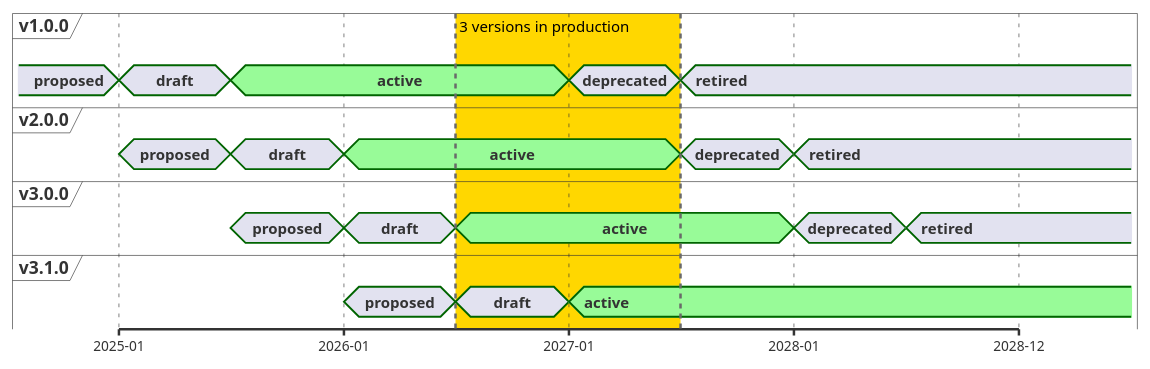
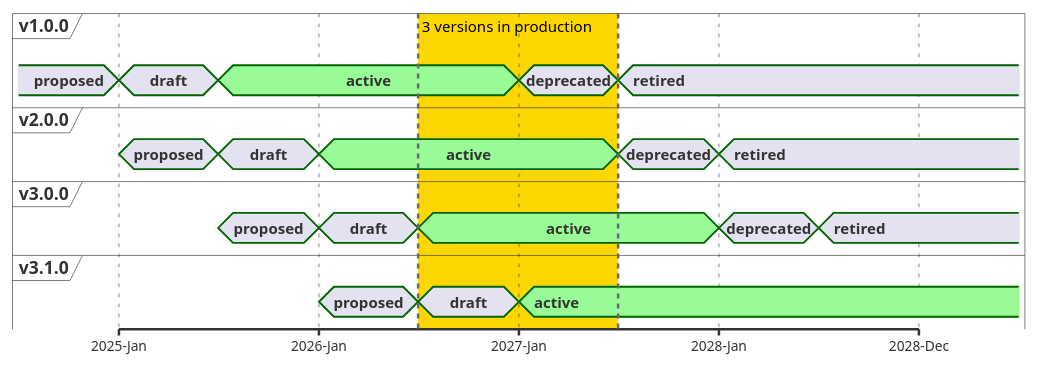
Before and after one commit to jgperrin/building-data-products: the diagram in chapter-01/figure-01-06.puml, drawn with PlantUML. The commit also changed 2 other files, not shown here.

```diff
--- a/chapter-01/figure-01-06.puml
+++ b/chapter-01/figure-01-06.puml
@@ -1,47 +1,47 @@
 @startuml
 concise "v1.0.0" as v1 
 concise "v2.0.0" as v2 
 concise "v3.0.0" as v3 
 concise "v3.1.0" as v3_1
 
-scale 31536000 as 180 pixels
-use date format "yyyy-MM"
+scale 31536000 as 160 pixels
+use date format "yyyy-MMM"
 
 v1 is proposed
 
 @2025/01/01
 v1 is draft
 v2 is proposed
 
 @2025/07/01
 v1 is active #PaleGreen /' #green;line:green;text:white '/
 v2 is draft
 v3 is proposed
 
 @2026/01/01
 v2 is active #PaleGreen
 v3 is draft
 v3_1 is proposed
 
 @2026/07/01
 v3 is active #PaleGreen
 v3_1 is draft
 
 @2027/01/01
 v1 is deprecated
 v3_1 is active #PaleGreen
 
 @2027/07/01
 v1 is retired
 v2 is deprecated
 
 @2028/01/01
 v2 is retired
 v3 is deprecated
 
 @2028/07/01
 v3 is retired
 
 highlight 2026/07/01 to 2027/07/01 #Gold;line:DimGrey : 3 versions in production
 
 @enduml
```
